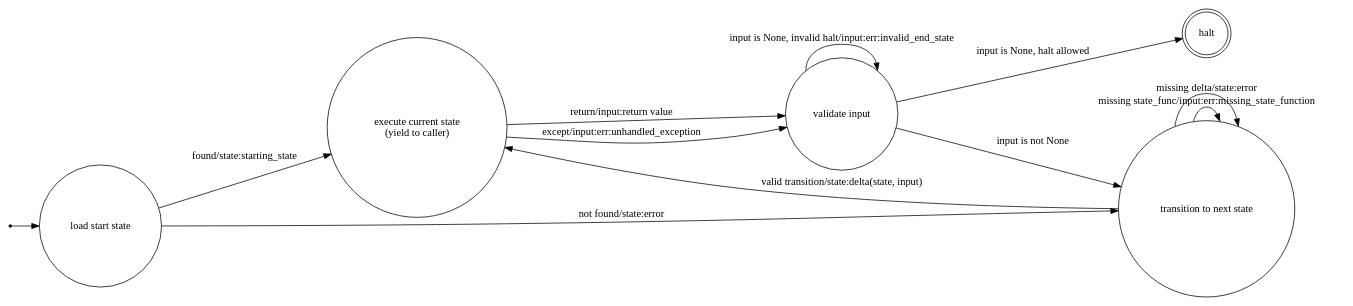
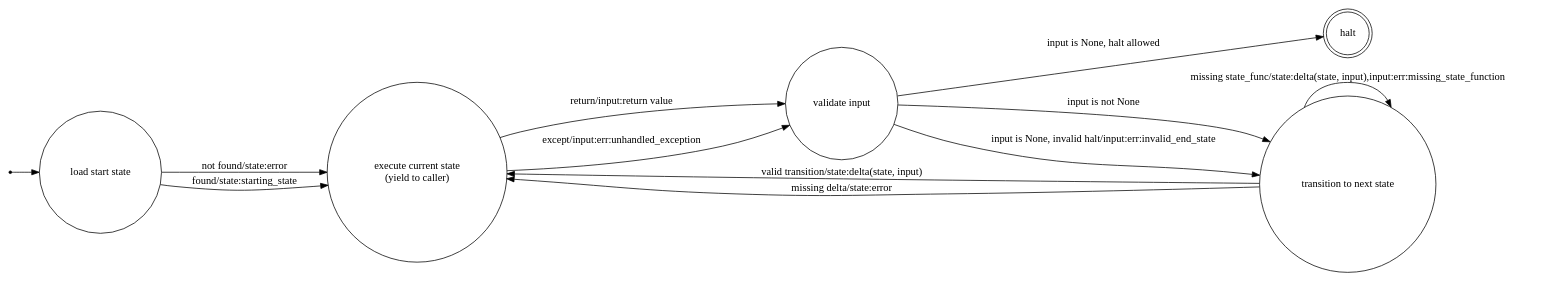
One commit to mbr/twentyfive changed the diagram in exec.dot. Above: the diagram before and after it, drawn with Graphviz.

Commit message:
Simplified implementation.

```diff
--- a/exec.dot
+++ b/exec.dot
@@ -1,22 +1,22 @@
 digraph {
   rankdir=LR;
   node [shape = point ];
   qi;
   node [shape = circle];
   qi -> start;
   start [label="load start state"];
   exec [label="execute current state\n(yield to caller)"];
   transition [label="transition to next state"];
   input [label="validate input"];
   halt [shape=doublecircle];
-  start -> transition [label="not found/state:error"];
+  start -> exec [label="not found/state:error"];
   start -> exec [label="found/state:starting_state"];
   exec -> input [label="return/input:return value"];
   exec -> input [label="except/input:err:unhandled_exception"];
   input -> halt [label="input is None, halt allowed"];
-  input -> input [label="input is None, invalid halt/input:err:invalid_end_state"];
+  input -> transition [label="input is None, invalid halt/input:err:invalid_end_state"];
   input -> transition [label="input is not None"];
-  transition -> transition [label="missing state_func/input:err:missing_state_function"];
+  transition -> transition [label="missing state_func/state:delta(state, input),input:err:missing_state_function"];
   transition -> exec [label="valid transition/state:delta(state, input)"];
-  transition -> transition [label="missing delta/state:error"];
+  transition -> exec [label="missing delta/state:error"];
 }
```
